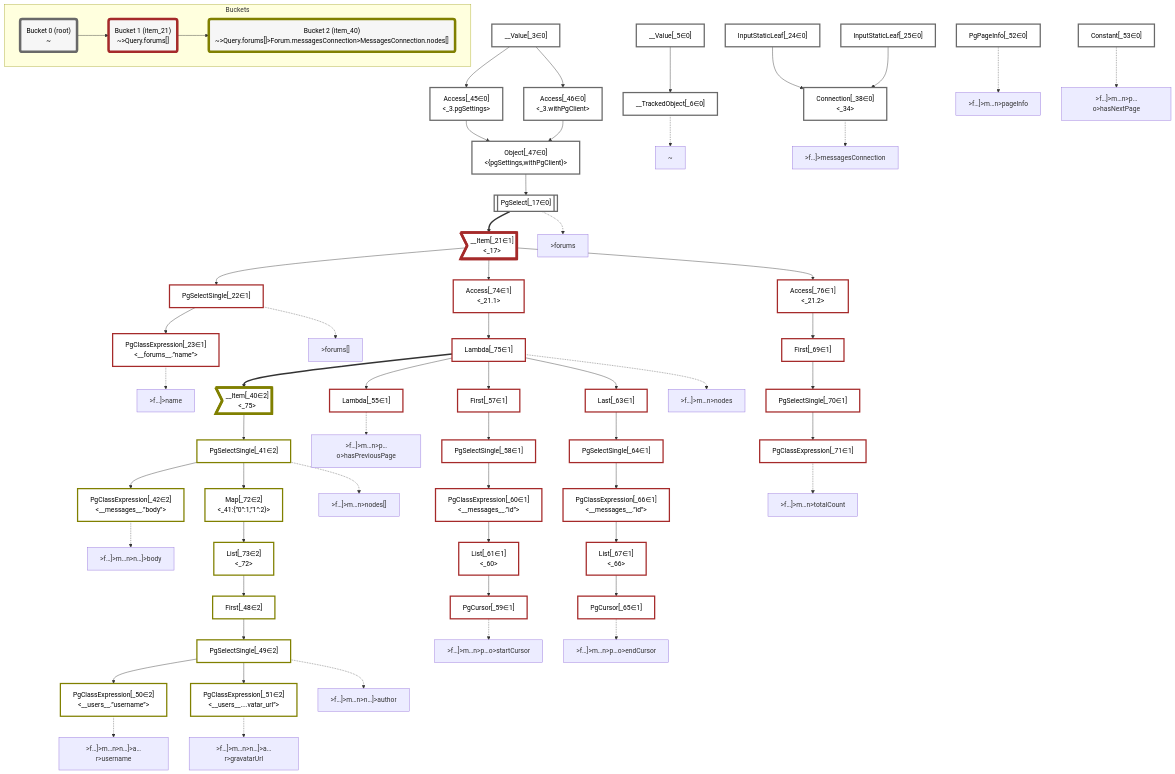
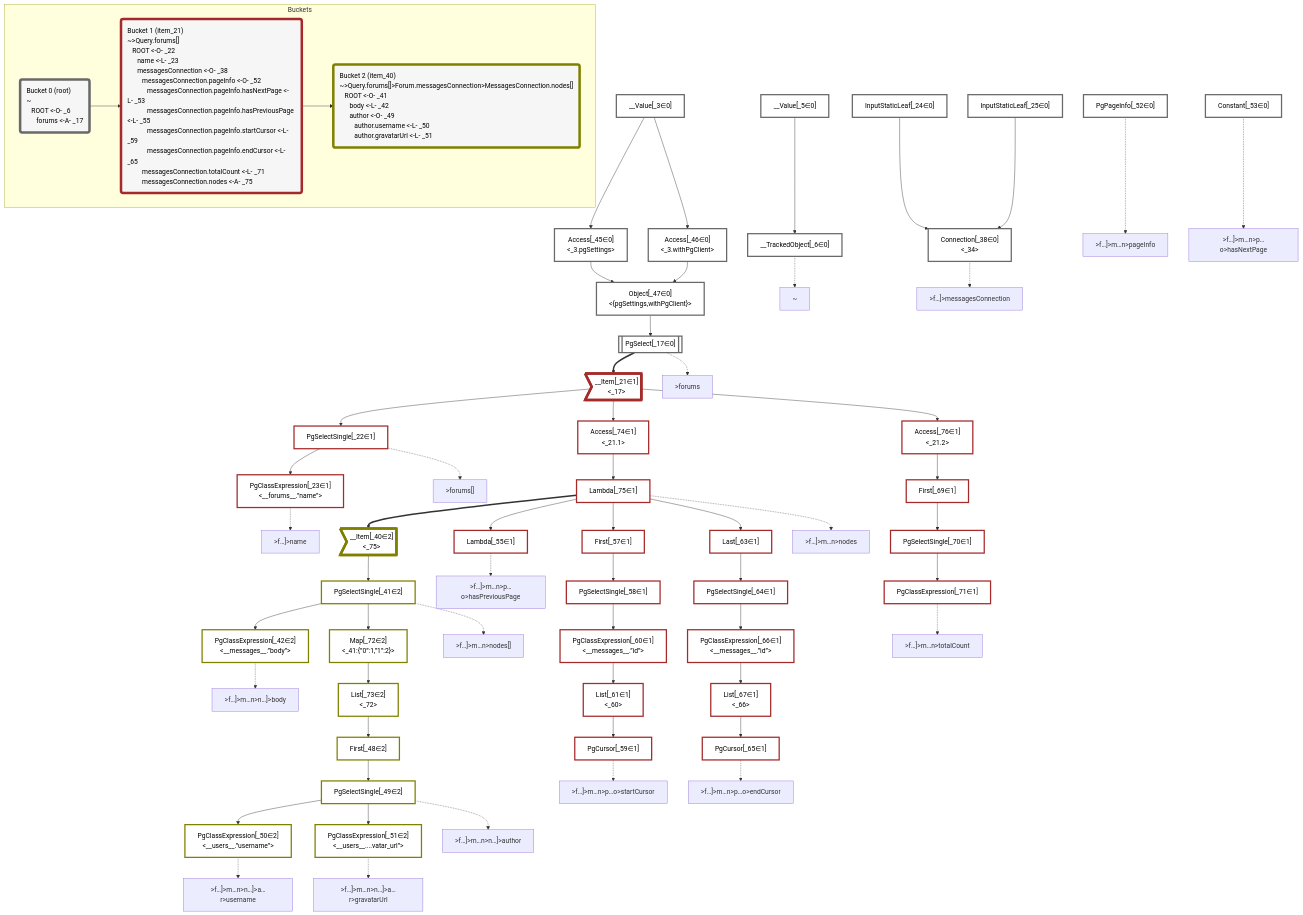
Before and after one commit to graphile/crystal: the diagram in packages/dataplan-pg/__tests__/queries/connections/pagination-when-inlined-backwards-nodes-only.mermaid.md, drawn with Mermaid. The commit also changed 195 other files, not shown here.

```diff
--- a/packages/dataplan-pg/__tests__/queries/connections/pagination-when-inlined-backwards-nodes-only.mermaid.md
+++ b/packages/dataplan-pg/__tests__/queries/connections/pagination-when-inlined-backwards-nodes-only.mermaid.md
@@ -4,7 +4,7 @@
     classDef plan fill:#fff,stroke-width:3px,color:#000
     classDef itemplan fill:#fff,stroke-width:6px,color:#000
     classDef sideeffectplan fill:#f00,stroke-width:6px,color:#000
-    classDef bucket fill:#f6f6f6,color:#000,stroke-width:6px
+    classDef bucket fill:#f6f6f6,color:#000,stroke-width:6px,text-align:left
 
 
     %% define plans
@@ -134,12 +134,12 @@
     class __Item_40,PgSelectSingle_41,PgClassExpression_42,First_48,PgSelectSingle_49,PgClassExpression_50,PgClassExpression_51,Map_72,List_73 bucket2
 
     subgraph Buckets
-    Bucket0("Bucket 0 (root)<br />~"):::bucket
+    Bucket0("Bucket 0 (root)<br />~<br />⠀ROOT <-O- _6<br />⠀⠀forums <-A- _17"):::bucket
     style Bucket0 stroke:#696969
-    Bucket1("Bucket 1 (item_21)<br />~>Query.forums[]"):::bucket
+    Bucket1("Bucket 1 (item_21)<br />~>Query.forums[]<br />⠀ROOT <-O- _22<br />⠀⠀name <-L- _23<br />⠀⠀messagesConnection <-O- _38<br />⠀⠀⠀messagesConnection.pageInfo <-O- _52<br />⠀⠀⠀⠀messagesConnection.pageInfo.hasNextPage <-L- _53<br />⠀⠀⠀⠀messagesConnection.pageInfo.hasPreviousPage <-L- _55<br />⠀⠀⠀⠀messagesConnection.pageInfo.startCursor <-L- _59<br />⠀⠀⠀⠀messagesConnection.pageInfo.endCursor <-L- _65<br />⠀⠀⠀messagesConnection.totalCount <-L- _71<br />⠀⠀⠀messagesConnection.nodes <-A- _75"):::bucket
     style Bucket1 stroke:#a52a2a
     Bucket0 --> Bucket1
-    Bucket2("Bucket 2 (item_40)<br />~>Query.forums[]>Forum.messagesConnection>MessagesConnection.nodes[]"):::bucket
+    Bucket2("Bucket 2 (item_40)<br />~>Query.forums[]>Forum.messagesConnection>MessagesConnection.nodes[]<br />⠀ROOT <-O- _41<br />⠀⠀body <-L- _42<br />⠀⠀author <-O- _49<br />⠀⠀⠀author.username <-L- _50<br />⠀⠀⠀author.gravatarUrl <-L- _51"):::bucket
     style Bucket2 stroke:#808000
     Bucket1 --> Bucket2
     end
```
